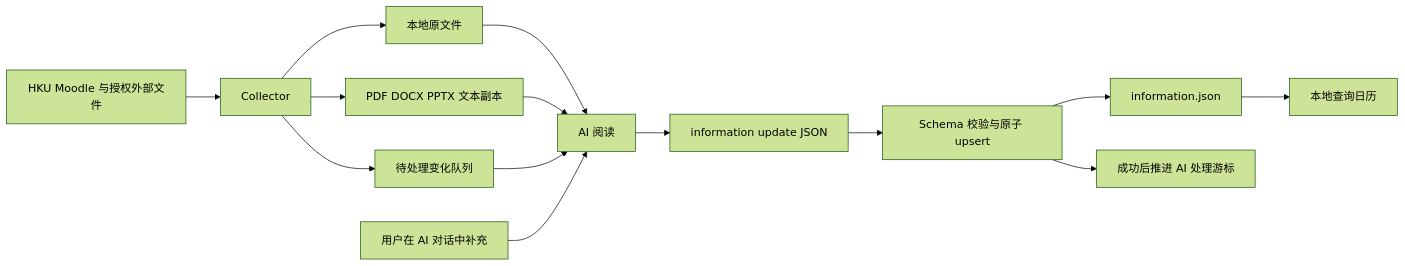
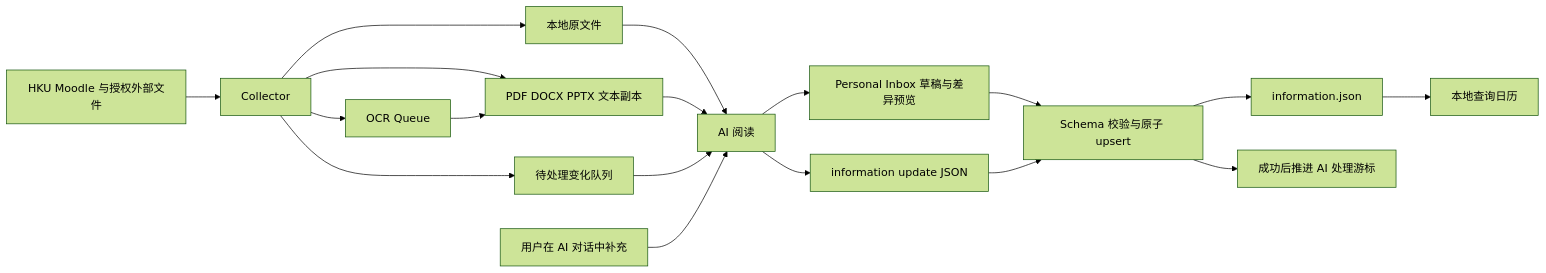
The first of 2 diagrams in ARCHITECTURE.md (Jerry6921/HSAS), drawn with Mermaid (forest theme) before and after one commit. The commit also changed other lines of this file and 36 other files, not shown here.

````diff
--- a/ARCHITECTURE.md
+++ b/ARCHITECTURE.md
@@ -8,16 +8,20 @@
 ```mermaid
 flowchart LR
     Moodle[HKU Moodle 与授权外部文件] --> Collector[Collector]
     Collector --> Files[本地原文件]
     Collector --> Text[PDF DOCX PPTX 文本副本]
+    Collector --> OCR[OCR Queue]
+    OCR --> Text
     Collector --> Queue[待处理变化队列]
     Files --> AI[AI 阅读]
     Text --> AI
     Queue --> AI
     User[用户在 AI 对话中补充] --> AI
+    AI --> Inbox[Personal Inbox 草稿与差异预览]
+    Inbox --> Validator
     AI --> Update[information update JSON]
     Update --> Validator[Schema 校验与原子 upsert]
     Validator --> Store[information.json]
     Validator --> Checkpoint[成功后推进 AI 处理游标]
     Store --> Calendar[本地查询日历]
 ```
````
